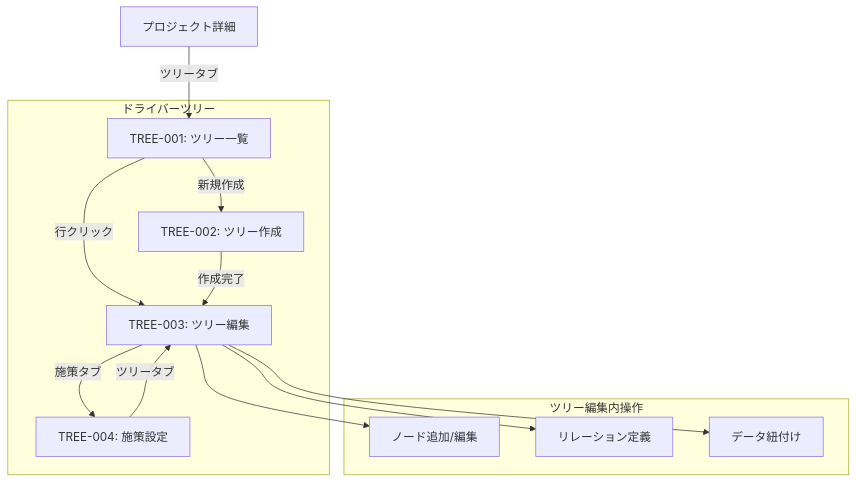
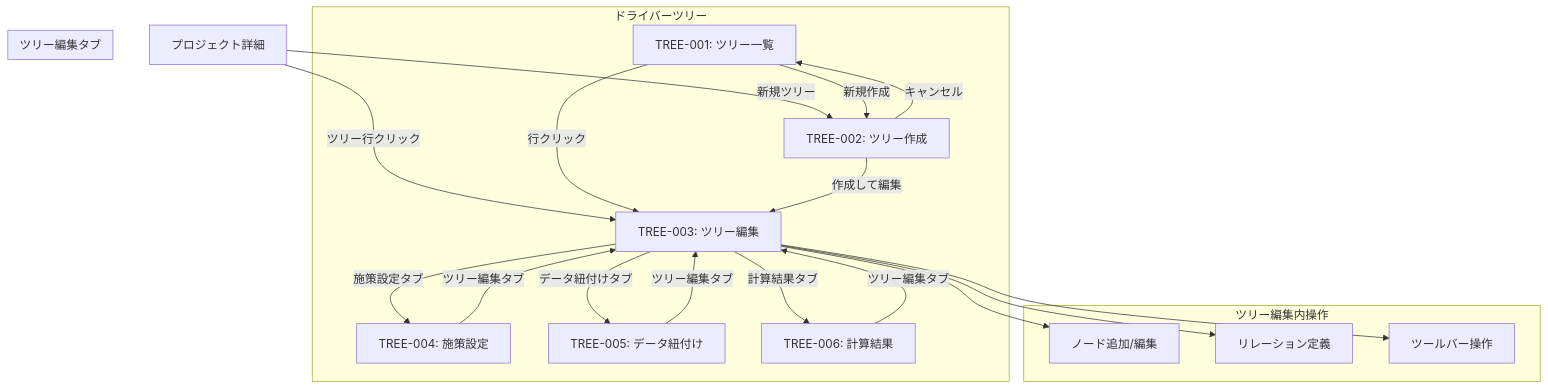
Before and after one commit to nomura-koshiro/genai-app-docs: the fourth of 6 diagrams in docs/specifications/02-screen-transition/01-screen-transition.md, drawn with Mermaid. The commit also changed other lines of this file and 29 other files, not shown here.

```diff
--- a/docs/specifications/02-screen-transition/01-screen-transition.md
+++ b/docs/specifications/02-screen-transition/01-screen-transition.md
@@ -199,26 +213,37 @@
 ::: mermaid
 graph TD
     subgraph ドライバーツリー
         TLIST[TREE-001: ツリー一覧]
         TNEW[TREE-002: ツリー作成]
         TEDIT[TREE-003: ツリー編集]
         TPOLICY[TREE-004: 施策設定]
+        TDATA[TREE-005: データ紐付け]
+        TRESULT[TREE-006: 計算結果]
     end
 
-    PDETAIL[プロジェクト詳細] -->|ツリータブ| TLIST
+    PDETAIL[プロジェクト詳細] -->|新規ツリー| TNEW
+    PDETAIL -->|ツリー行クリック| TEDIT
     TLIST -->|新規作成| TNEW
     TLIST -->|行クリック| TEDIT
-    TNEW -->|作成完了| TEDIT
-    TEDIT -->|施策タブ| TPOLICY
-    TPOLICY -->|ツリータブ| TEDIT
+    TNEW -->|作成して編集| TEDIT
+    TNEW -->|キャンセル| TLIST
+
+    subgraph ツリー編集タブ
+        TEDIT -->|施策設定タブ| TPOLICY
+        TEDIT -->|データ紐付けタブ| TDATA
+        TEDIT -->|計算結果タブ| TRESULT
+        TPOLICY -->|ツリー編集タブ| TEDIT
+        TDATA -->|ツリー編集タブ| TEDIT
+        TRESULT -->|ツリー編集タブ| TEDIT
+    end
 
     subgraph ツリー編集内操作
         NODE[ノード追加/編集]
         REL[リレーション定義]
-        DATA[データ紐付け]
+        TOOLBAR[ツールバー操作]
     end
 
     TEDIT --> NODE
     TEDIT --> REL
-    TEDIT --> DATA
+    TEDIT --> TOOLBAR
 :::
```
